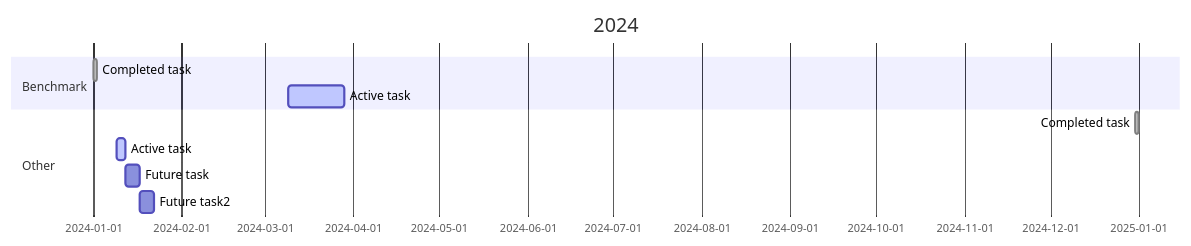
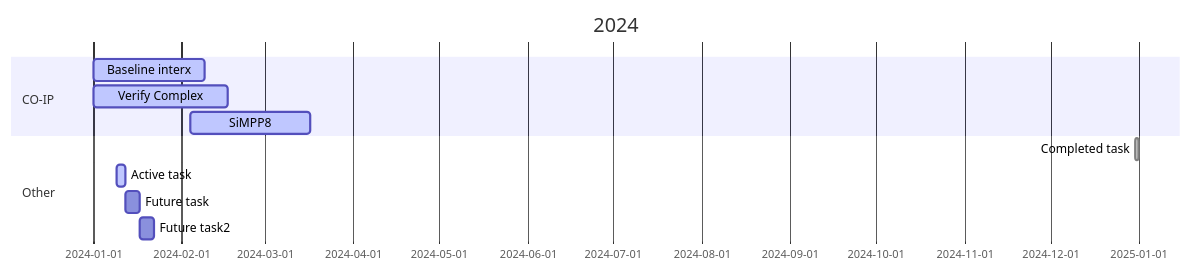
One commit to jeremykt480/unc_analyze changed the first of 3 diagrams in README.md. Above: the diagram before and after it, drawn with Mermaid.

````diff
--- a/README.md
+++ b/README.md
@@ -7,16 +7,19 @@
 ```mermaid
 gantt
 title 2024
 dateFormat YYYY-MM-DD
-section Benchmark
-    Completed task            :done,    des1, 2024-01-01, 1d
-    Active task               :active,  des2, 2024-03-09, 20d
+
+section CO-IP
+    Baseline interx            :active,  des1, 2024-01-01, 39d
+    Verify Complex             :active,  des2, 2024-01-01, 47d
+    SiMPP8                     :active,  des2, 2024-02-04, 42d
+
 
 
 section Other
     Completed task            :done,    des1, 2024-12-31, 1d
     Active task               :active,  des2, 2024-01-09, 3d
     Future task               :         des3, after des2, 5d
     Future task2              :         des4, after des3, 5d
 
 ```
````
